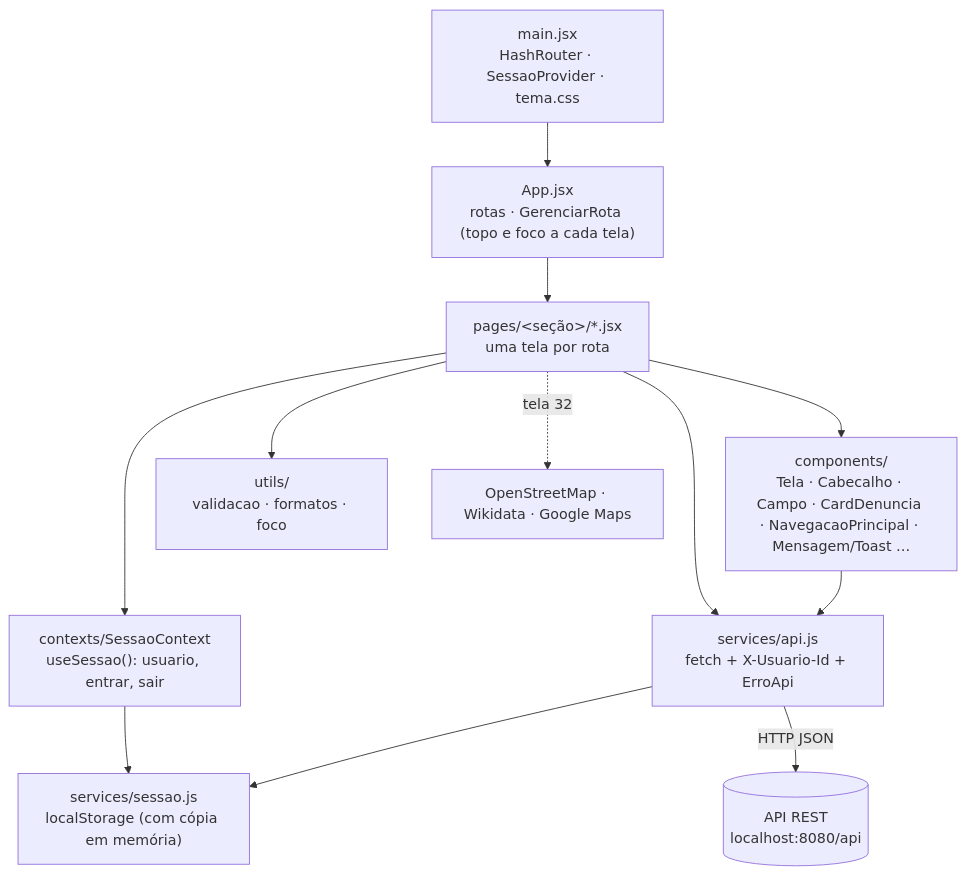
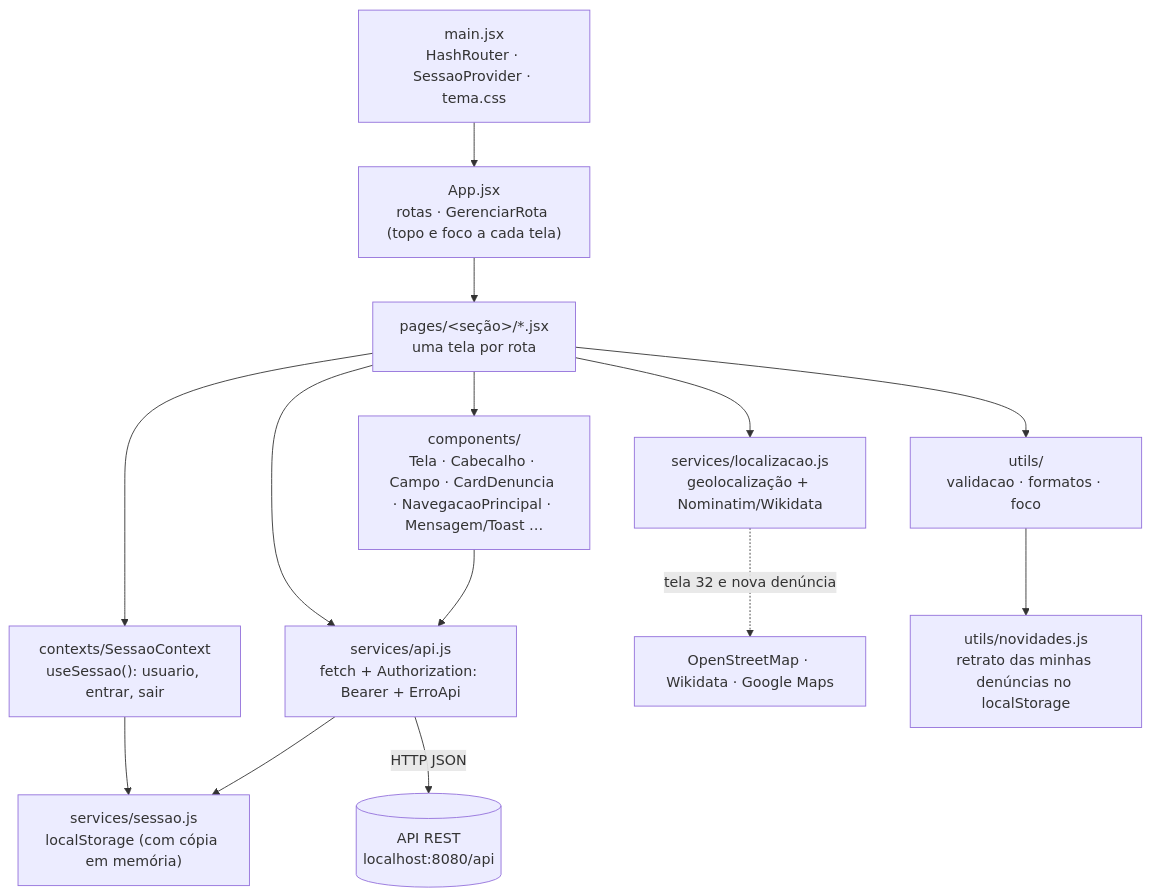
Before and after one commit to JoaoRicardoSOC/meus-direitos: the second of 2 diagrams in docs/diagramas/diagrama-frontend.md, drawn with Mermaid. The commit also changed other lines of this file and 1 other file, not shown here.

Commit message:
docs(frontend): descreve a sessao por token no README e no diagrama

````diff
--- a/docs/diagramas/diagrama-frontend.md
+++ b/docs/diagramas/diagrama-frontend.md
@@ -60,14 +60,16 @@
 ```mermaid
 flowchart TB
     main["main.jsx<br/>HashRouter · SessaoProvider · tema.css"] --> App["App.jsx<br/>rotas · GerenciarRota (topo e foco a cada tela)"]
     App --> Telas["pages/&lt;seção&gt;/*.jsx<br/>uma tela por rota"]
     Telas --> Comp["components/<br/>Tela · Cabecalho · Campo · CardDenuncia · NavegacaoPrincipal · Mensagem/Toast …"]
     Telas --> Utils["utils/<br/>validacao · formatos · foco"]
     Telas --> Sessao["contexts/SessaoContext<br/>useSessao(): usuario, entrar, sair"]
-    Telas --> Api["services/api.js<br/>fetch + X-Usuario-Id + ErroApi"]
+    Telas --> Api["services/api.js<br/>fetch + Authorization: Bearer + ErroApi"]
     Comp --> Api
     Sessao --> Arm["services/sessao.js<br/>localStorage (com cópia em memória)"]
     Api --> Arm
     Api -- "HTTP JSON" --> Backend[("API REST<br/>localhost:8080/api")]
-    Telas -. "tela 32" .-> Externos["OpenStreetMap · Wikidata · Google Maps"]
+    Telas --> Loc["services/localizacao.js<br/>geolocalização + Nominatim/Wikidata"]
+    Loc -. "tela 32 e nova denúncia" .-> Externos["OpenStreetMap · Wikidata · Google Maps"]
+    Utils --> Novidades["utils/novidades.js<br/>retrato das minhas denúncias no localStorage"]
 ```
````
